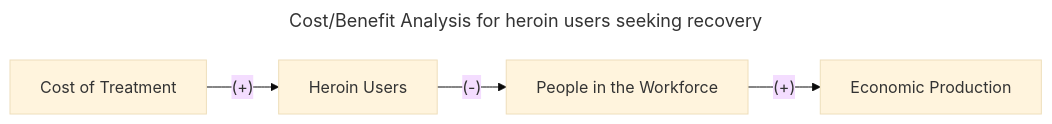
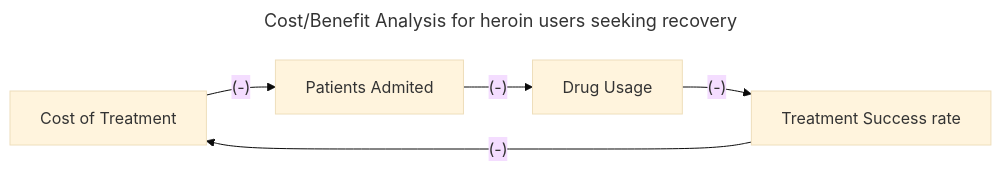
The fourth of 5 diagrams in Lit_Review/PaperSummaries.md (ecn310/course-project-zipcentercrime), drawn with Mermaid (base theme) before and after one commit.

Commit message:
Edited Summary 4 Causal Diagram

````diff
--- a/Lit_Review/PaperSummaries.md
+++ b/Lit_Review/PaperSummaries.md
@@ -72,7 +72,7 @@
 ```mermaid
 ---
 title: Cost/Benefit Analysis for heroin users seeking recovery
 ---
 flowchart LR
-A["Cost of Treatment"] --(#43;)--> B["Heroin Users"] --(#45;)--> C["People in the Workforce"] --(#43;)--> D["Economic Production"]
+A["Cost of Treatment"] --(#45;)--> B["Patients Admited"] --(#45;)--> C["Drug Usage"] --(#45;)--> D["Treatment Success rate"] --(#45;)--> A
 ```
````
